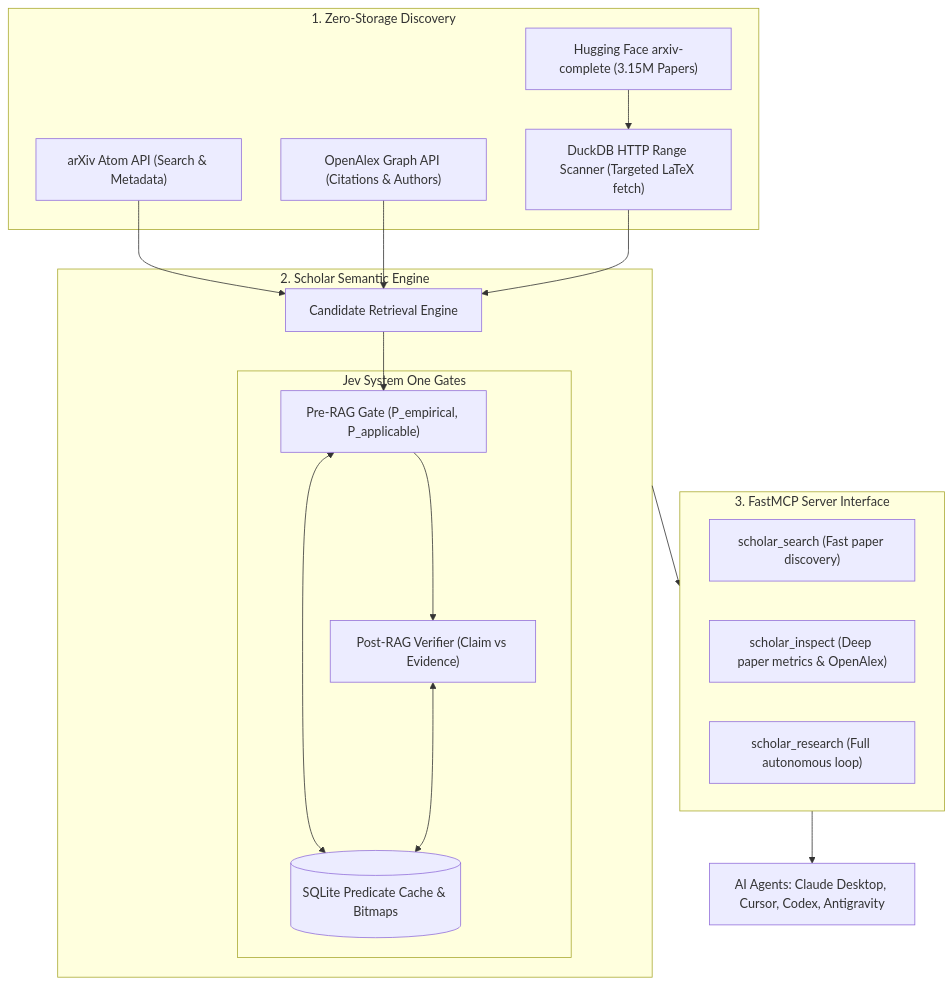
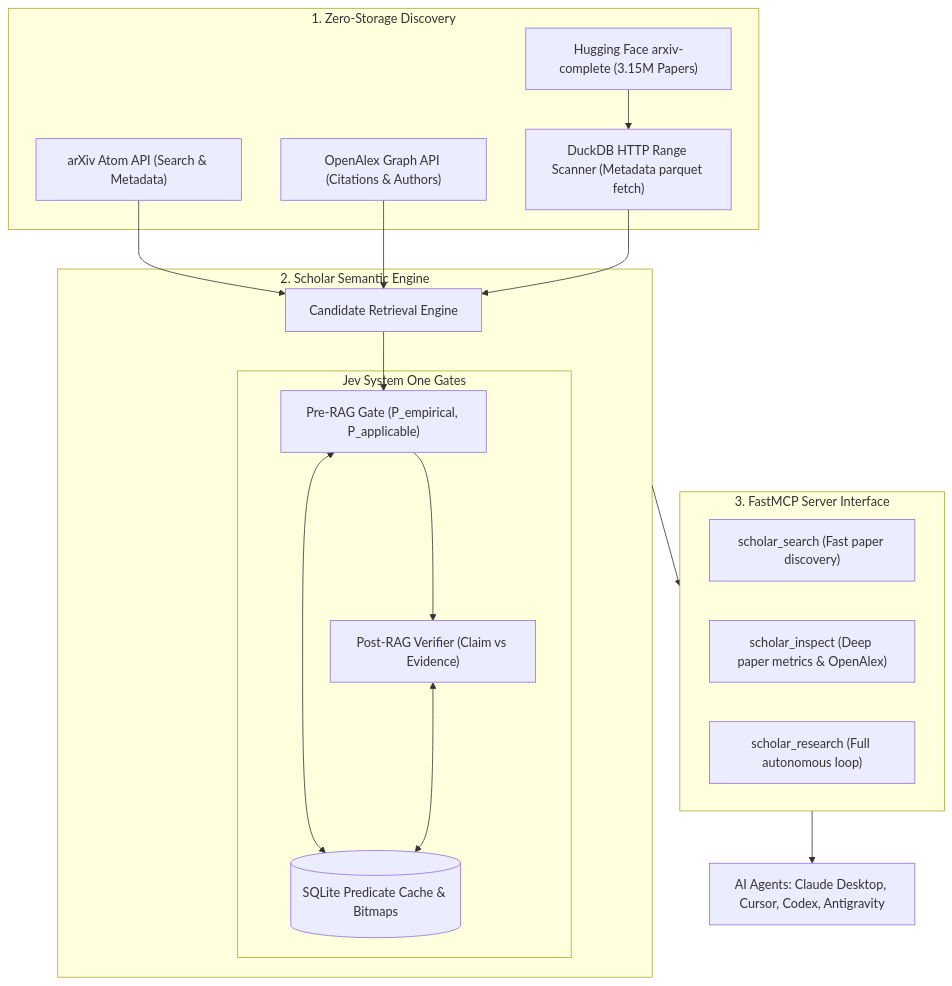
One commit to wolverin0/scholar-mcp changed the diagram in README.md. Above: the diagram before and after it, drawn with Mermaid. The commit also changed other lines of this file and 3 other files, not shown here.

````diff
--- a/README.md
+++ b/README.md
@@ -49,37 +49,37 @@
 ```mermaid
 flowchart TD
     subgraph INGESTION["1. Zero-Storage Discovery"]
         ARXIV["arXiv Atom API (Search & Metadata)"]
         OPENALEX["OpenAlex Graph API (Citations & Authors)"]
         HF["Hugging Face arxiv-complete (3.15M Papers)"]
-        DUCKDB["DuckDB HTTP Range Scanner (Targeted LaTeX fetch)"]
+        DUCKDB["DuckDB HTTP Range Scanner (Metadata parquet fetch)"]
         HF --> DUCKDB
     end
 
     subgraph ENGINE["2. Scholar Semantic Engine"]
         DISCOVER["Candidate Retrieval Engine"]
         ARXIV --> DISCOVER
         OPENALEX --> DISCOVER
         DUCKDB --> DISCOVER
 
         subgraph GATES["Jev System One Gates"]
             PRE_RAG["Pre-RAG Gate (P_empirical, P_applicable)"]
             POST_RAG["Post-RAG Verifier (Claim vs Evidence)"]
             PRED_CACHE[("SQLite Predicate Cache & Bitmaps")]
         end
 
         DISCOVER --> PRE_RAG
         PRE_RAG <--> PRED_CACHE
         PRE_RAG --> POST_RAG
         POST_RAG <--> PRED_CACHE
     end
 
     subgraph MCP_INTERFACE["3. FastMCP Server Interface"]
         TOOL_SEARCH["scholar_search (Fast paper discovery)"]
         TOOL_INSPECT["scholar_inspect (Deep paper metrics & OpenAlex)"]
         TOOL_RESEARCH["scholar_research (Full autonomous loop)"]
     end
 
     ENGINE --> MCP_INTERFACE
     MCP_INTERFACE --> CLIENTS["AI Agents: Claude Desktop, Cursor, Codex, Antigravity"]
 ```
````
